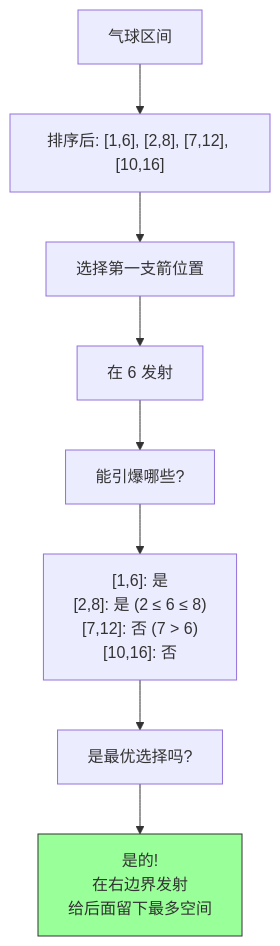
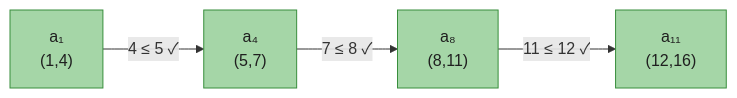
The second of 3 diagrams in IntroductionToAlgorithms/Chapter15_贪心算法_深度版.md (socoo123/book_reading), drawn with Mermaid before and after one commit. The commit also changed other lines of this file and 30 other files, not shown here.

````diff
--- a/IntroductionToAlgorithms/Chapter15_贪心算法_深度版.md
+++ b/IntroductionToAlgorithms/Chapter15_贪心算法_深度版.md
@@ -851,12 +81,9 @@
 ```mermaid
-flowchart TD
-    A["气球区间"] --> B["排序后: [1,6], [2,8], [7,12], [10,16]"]
-    B --> C["选择第一支箭位置"]
-    C --> D["在 6 发射"]
-    D --> E["能引爆哪些?"]
-    E --> F["[1,6]: 是<br/>[2,8]: 是 (2 ≤ 6 ≤ 8)<br/>[7,12]: 否 (7 > 6)<br/>[10,16]: 否"]
-    F --> G["是最优选择吗?"]
-    G --> H["是的!<br/>在右边界发射<br/>给后面留下最多空间"]
+flowchart LR
+    A1["a₁<br/>(1,4)"] -->|"4 ≤ 5 ✓"| A4["a₄<br/>(5,7)"]
+    A4 -->|"7 ≤ 8 ✓"| A8["a₈<br/>(8,11)"]
+    A8 -->|"11 ≤ 12 ✓"| A11["a₁₁<br/>(12,16)"]
 
-    style H fill:#99ff99,stroke:#333
+    classDef pick fill:#A5D6A7,stroke:#388E3C,color:#1f1f1f
+    class A1,A4,A8,A11 pick
 ```
````
